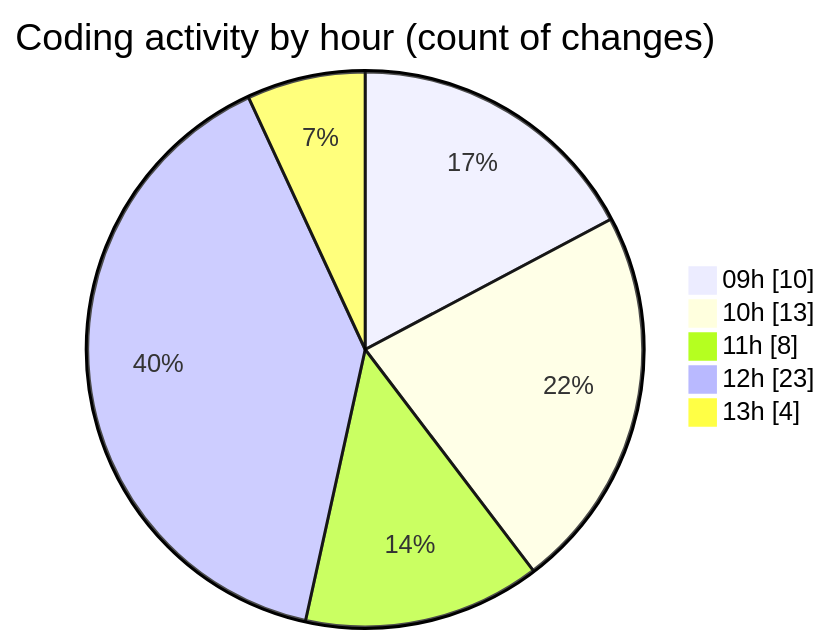
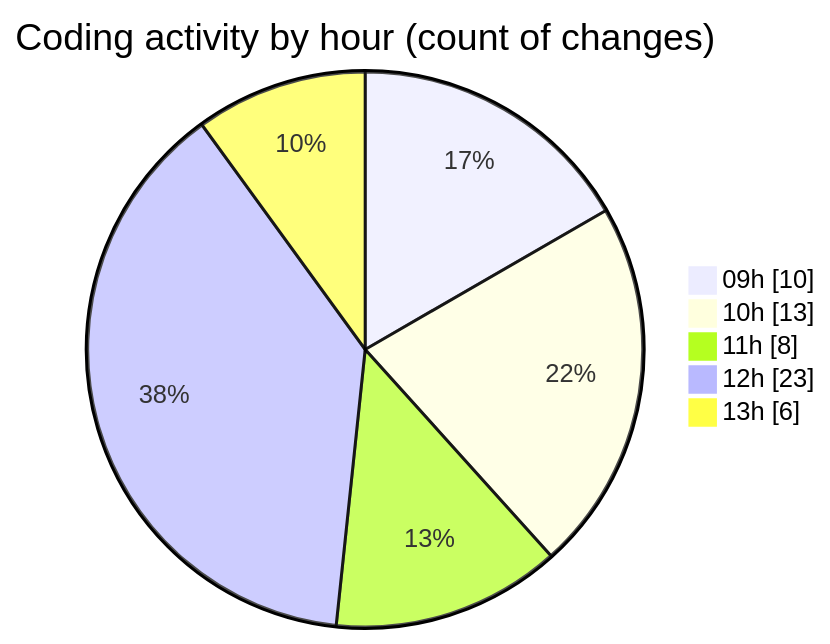
Before and after one commit to momahboobian/code-tracking: the second of 2 diagrams in 2025-03-07/cda/README.md, drawn with Mermaid. The commit also changed other lines of this file and 1 other file, not shown here.

````diff
--- a/2025-03-07/cda/README.md
+++ b/2025-03-07/cda/README.md
@@ -40,9 +41,9 @@
 ```mermaid
 pie showData
 title Coding activity by hour (count of changes)
 "09h" : 10
 "10h" : 13
 "11h" : 8
 "12h" : 23
-"13h" : 4
+"13h" : 6
 ```
````
